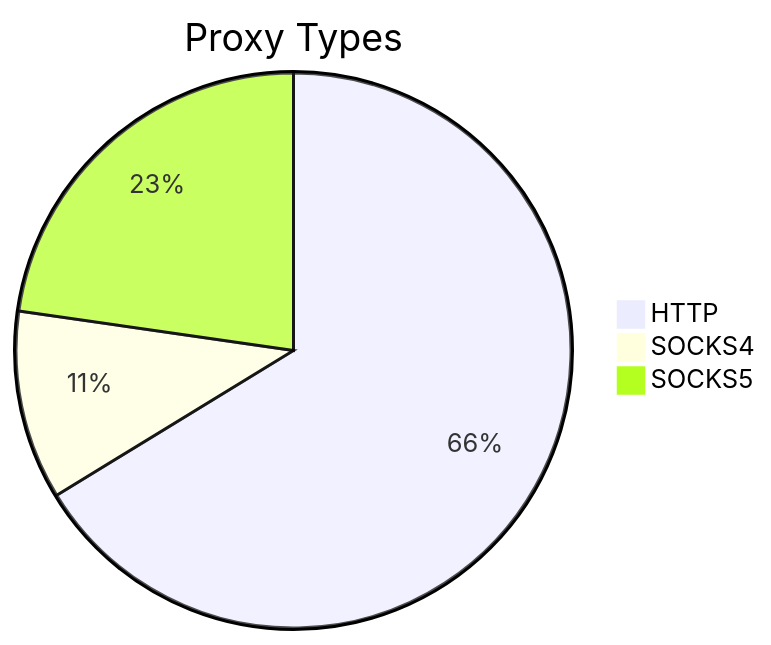
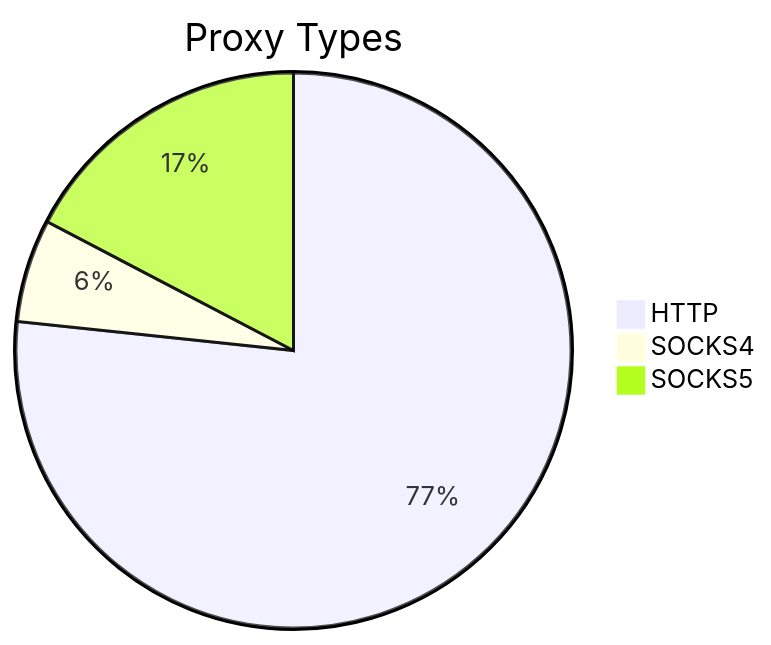
The first of 2 diagrams in README.md (stormsia/proxy-list), drawn with Mermaid before and after one commit. The commit also changed other lines of this file, not shown here.

````diff
--- a/README.md
+++ b/README.md
@@ -21,6 +21,6 @@
 ```mermaid
 pie title Proxy Types
-    "HTTP" : 277
-    "SOCKS4" : 46
-    "SOCKS5" : 95
+    "HTTP" : 230
+    "SOCKS4" : 18
+    "SOCKS5" : 52
 ```
````
